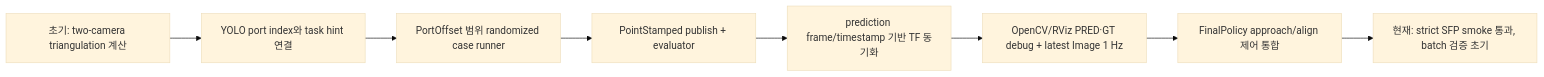
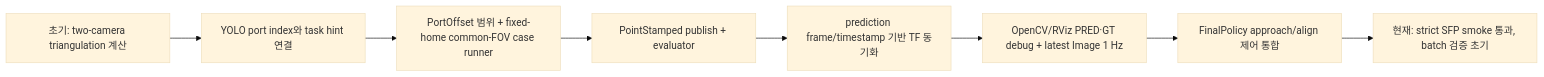
The second of 2 diagrams in ws_aic/report/Triangulation_report.md (JungSeong/AIC_Sejong), drawn with Mermaid (base theme) before and after one commit. The commit also changed other lines of this file and 8 other files, not shown here.

```diff
--- a/ws_aic/report/Triangulation_report.md
+++ b/ws_aic/report/Triangulation_report.md
@@ -314,10 +319,10 @@
 ~~~mermaid
 flowchart LR
     A["초기: two-camera triangulation 계산"] --> B["YOLO port index와 task hint 연결"]
-    B --> C["PortOffset 범위 randomized case runner"]
+    B --> C["PortOffset 범위 + fixed-home common-FOV case runner"]
     C --> D["PointStamped publish + evaluator"]
     D --> E["prediction frame/timestamp 기반 TF 동기화"]
     E --> F["OpenCV/RViz PRED·GT debug + latest Image 1 Hz"]
     F --> G["FinalPolicy approach/align 제어 통합"]
     G --> H["현재: strict SFP smoke 통과, batch 검증 초기"]
 ~~~
```
